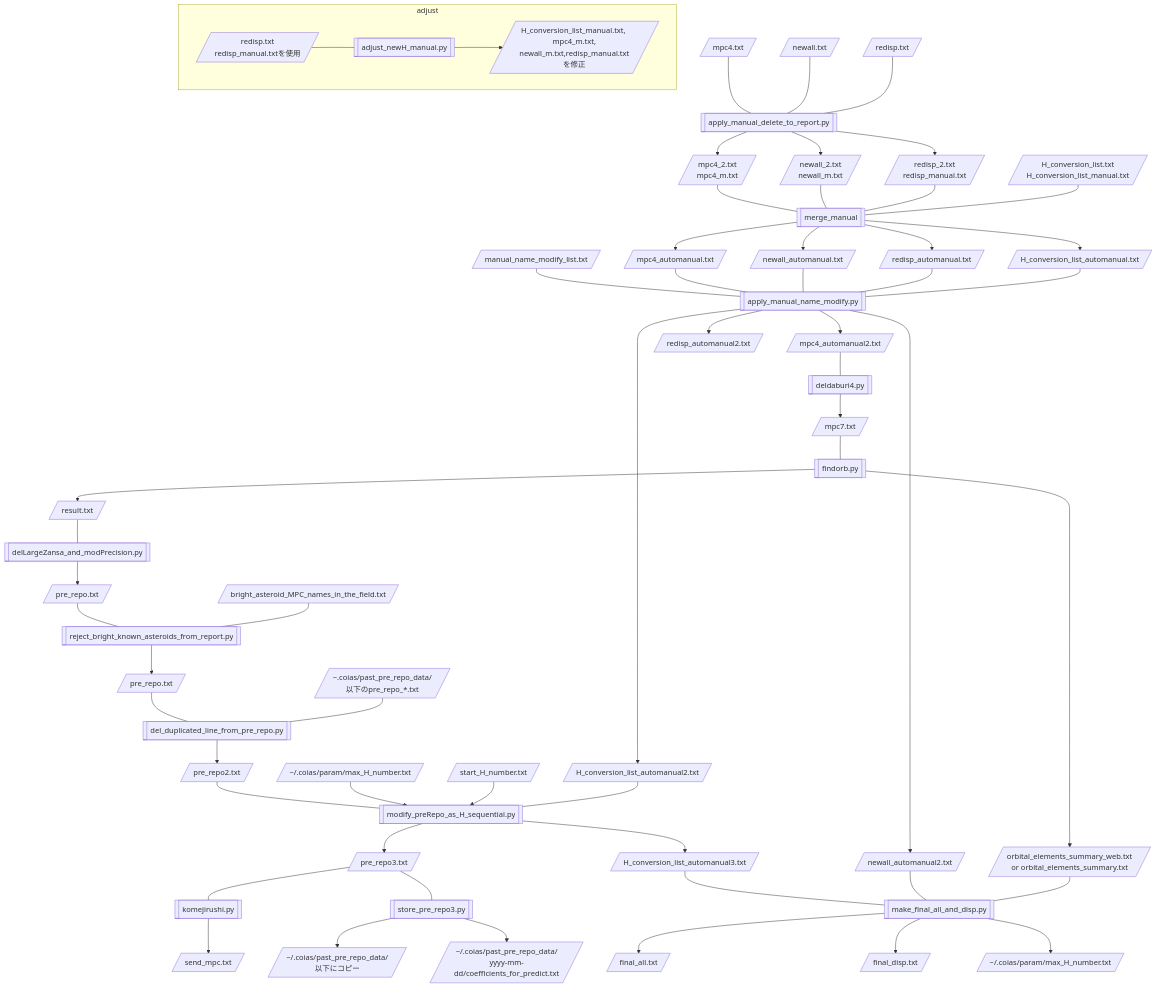
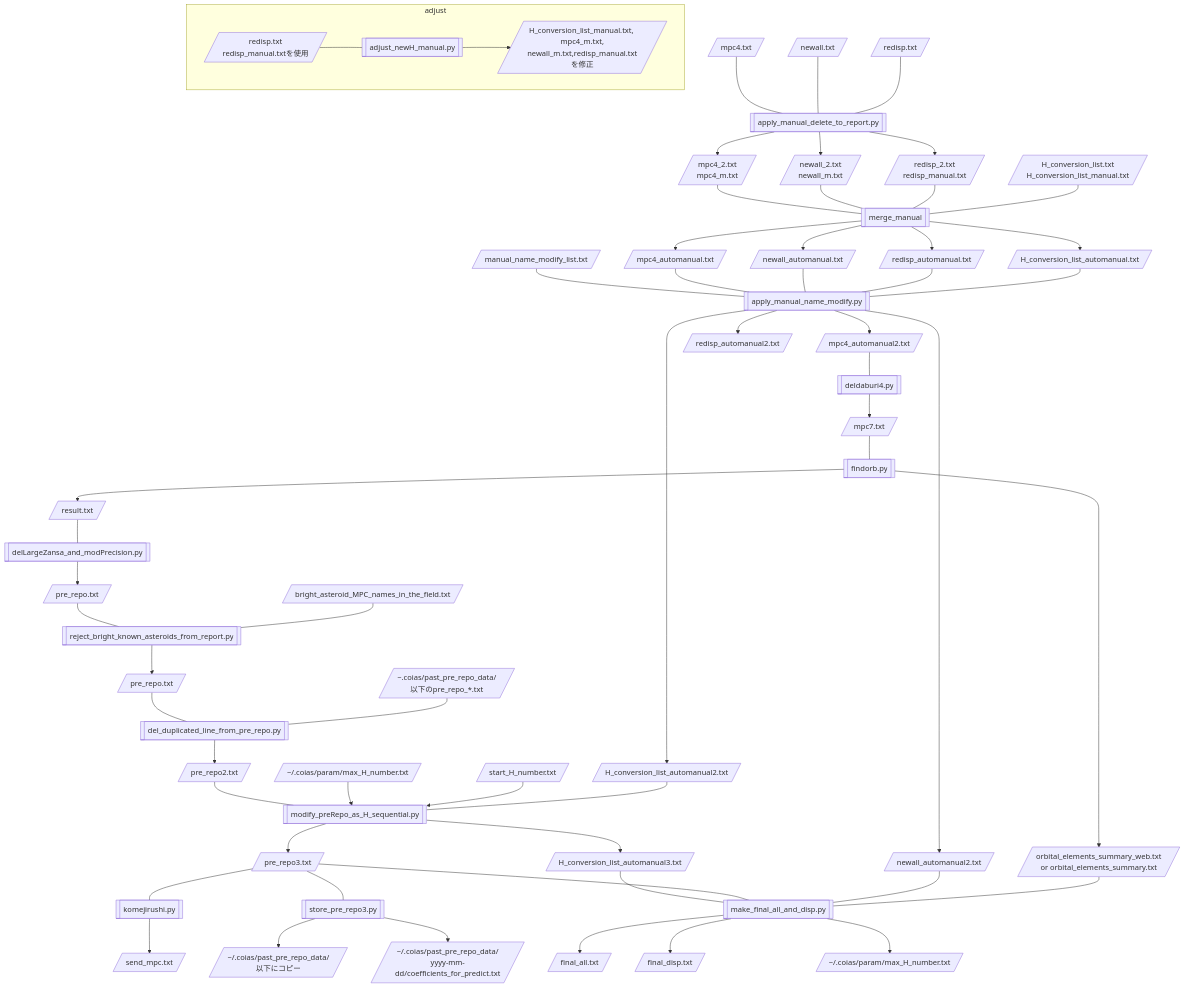
Before and after one commit to COIAS-program/COIAS_program_github: the diagram in flowcharts/flowchart7-AstsearchR_afterReCOIAS.md, drawn with Mermaid. The commit also changed 1 other file, not shown here.

Commit message:
make_final_all_and_disp.pyの説明書きにpre_repo3.txtを読み込む旨が明記されていなかったので修正. 同時にフローチャートも微修正.

```diff
--- a/flowcharts/flowchart7-AstsearchR_afterReCOIAS.md
+++ b/flowcharts/flowchart7-AstsearchR_afterReCOIAS.md
@@ -56,6 +56,7 @@
     g --> h[/"~"/.coias/past_pre_repo_data/以下にコピー/]
     g --> m[/"~"/.coias/past_pre_repo_data/\nyyyy-mm-dd/coefficients_for_predict.txt/]
     a --- i[[make_final_all_and_disp.py]]
+    Z --- i
     L --- i
     i --> j[/final_all.txt/]
     i --> k[/final_disp.txt/]
```
